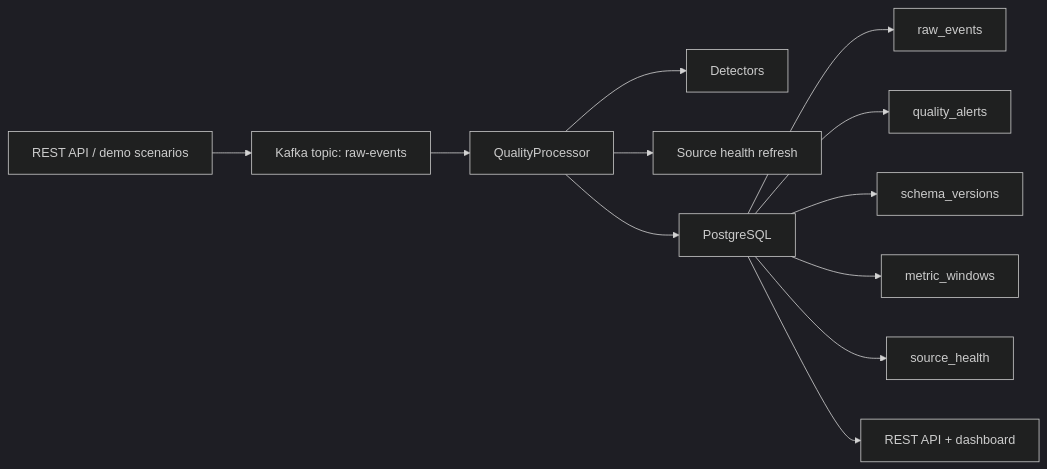
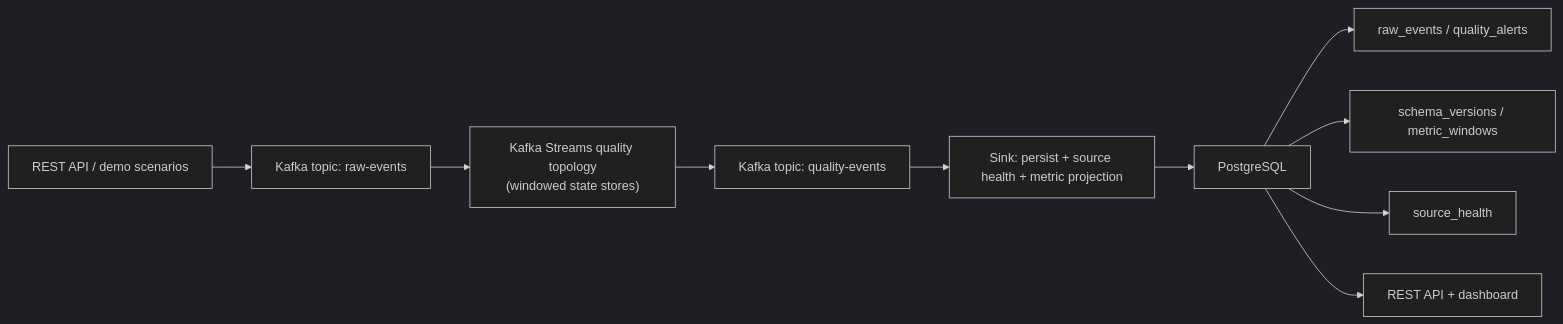
Before and after one commit to JeremyL691/DriftWatch-Tower: the diagram in README.md, drawn with Mermaid (dark theme). The commit also changed other lines of this file and 32 other files, not shown here.

First line of the commit message:
Migrate quality pipeline to Kafka Streams; fix dashboard and detector wiring

````diff
--- a/README.md
+++ b/README.md
@@ -69,14 +70,12 @@
 ```mermaid
 flowchart LR
     A["REST API / demo scenarios"] --> B["Kafka topic: raw-events"]
-    B --> C["QualityProcessor"]
-    C --> D["Detectors"]
-    C --> E["Source health refresh"]
-    C --> F["PostgreSQL"]
-    F --> G["raw_events"]
-    F --> H["quality_alerts"]
-    F --> I["schema_versions"]
-    F --> J["metric_windows"]
-    F --> K["source_health"]
-    F --> L["REST API + dashboard"]
+    B --> C["Kafka Streams quality topology<br/>(windowed state stores)"]
+    C --> D["Kafka topic: quality-events"]
+    D --> E["Sink: persist + source health + metric projection"]
+    E --> F["PostgreSQL"]
+    F --> G["raw_events / quality_alerts"]
+    F --> H["schema_versions / metric_windows"]
+    F --> I["source_health"]
+    F --> J["REST API + dashboard"]
 ```
````
